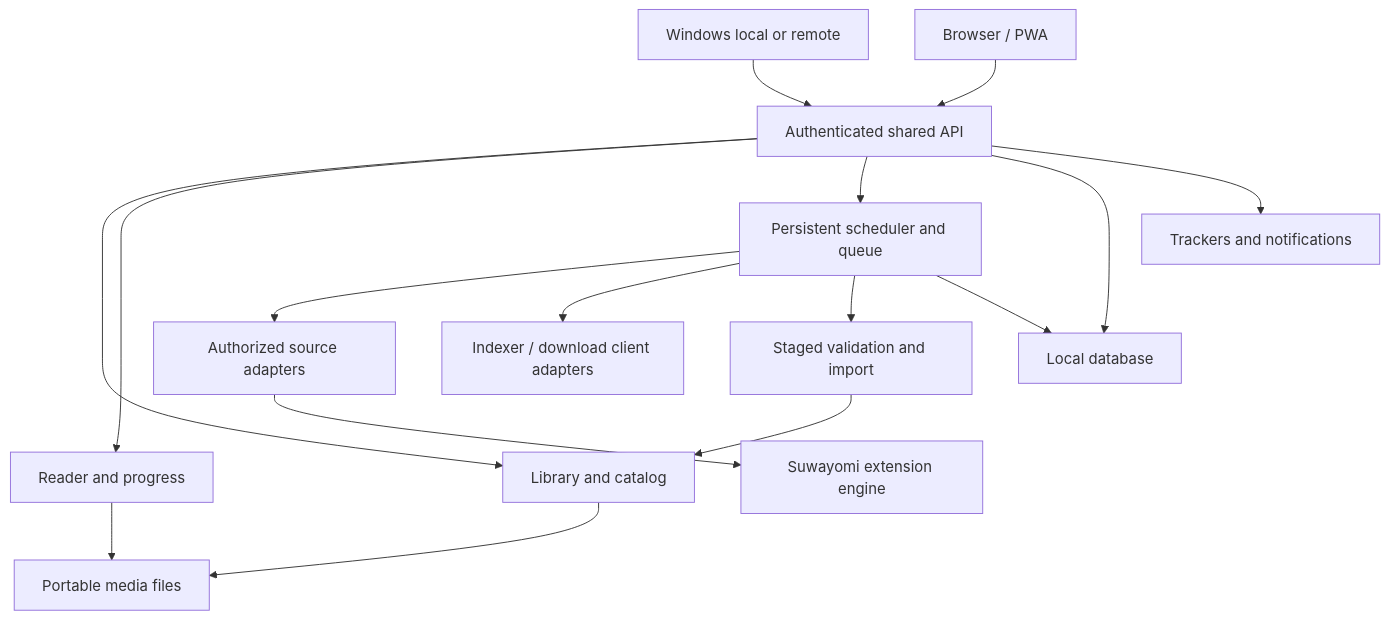
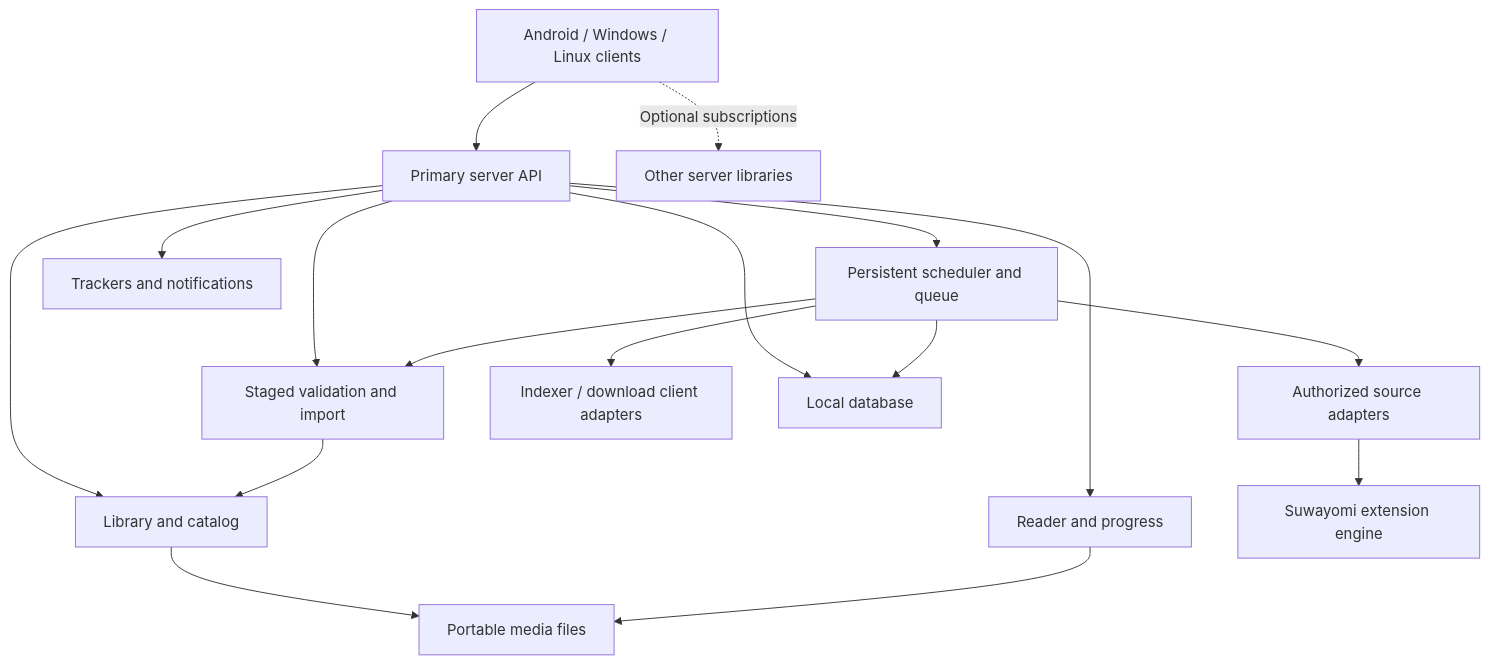
The diagram in docs/ARCHITECTURE.md (desapoint/manga-organizer), drawn with Mermaid before and after one commit. The commit also changed other lines of this file and 10 other files, not shown here.

Commit message:
Specify primary-server reading sync and optional subscriptions

````diff
--- a/docs/ARCHITECTURE.md
+++ b/docs/ARCHITECTURE.md
@@ -5,18 +5,19 @@
 ```mermaid
 flowchart TD
- W[Windows local or remote] --> A[Authenticated shared API]
- B[Browser / PWA] --> A
+ B[Android / Windows / Linux clients] --> A[Primary server API]
+ B -. Optional subscriptions .-> E[Other server libraries]
+ A --> M[Staged validation and import]
  A --> L[Library and catalog]
  A --> R[Reader and progress]
  A --> Q[Persistent scheduler and queue]
  Q --> S[Authorized source adapters]
  S --> X[Suwayomi extension engine]
  Q --> I[Indexer / download client adapters]
- Q --> M[Staged validation and import]
+ Q --> M
  M --> L
  L --> F[Portable media files]
  R --> F
  A --> D[Local database]
  Q --> D
  A --> T[Trackers and notifications]
 ```
````
